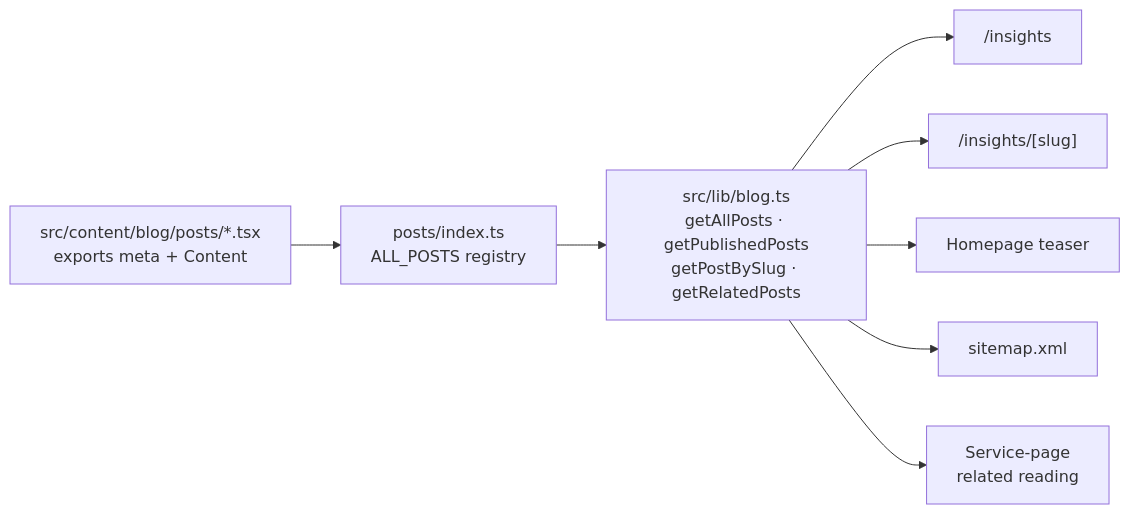
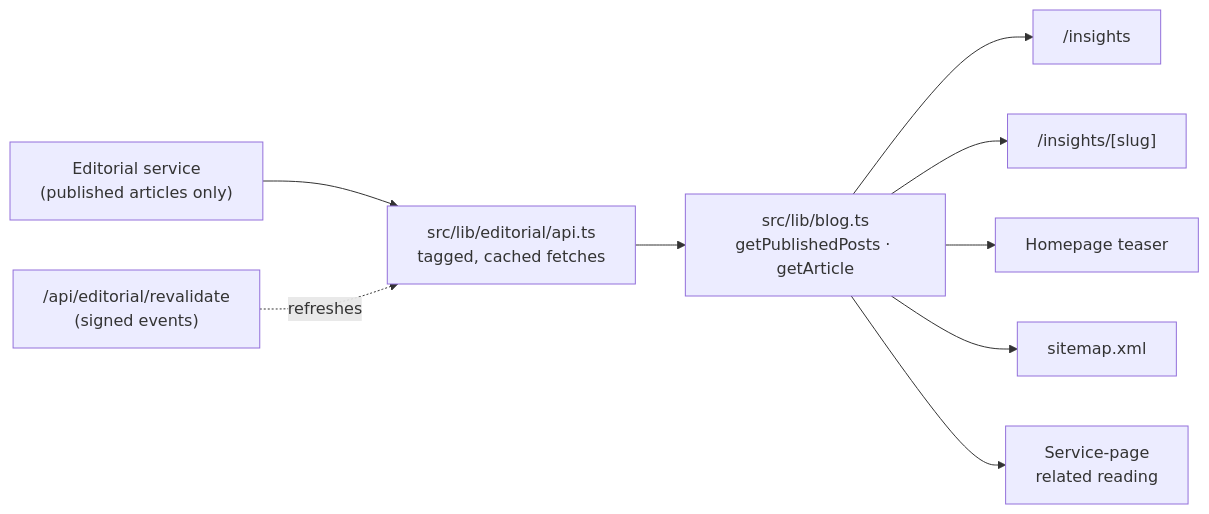
The third of 5 diagrams in README.md (tinybug-m/chinvat-bridge-website), drawn with Mermaid before and after one commit. The commit also changed other lines of this file and 172 other files, not shown here.

First line of the commit message:
feat: Supabase-first content, editorial revalidation and platform hardening

````diff
--- a/README.md
+++ b/README.md
@@ -245,10 +245,11 @@
 ```mermaid
 flowchart LR
-    post["src/content/blog/posts/*.tsx<br/>exports meta + Content"] --> registry["posts/index.ts<br/>ALL_POSTS registry"]
-    registry --> lib["src/lib/blog.ts<br/>getAllPosts · getPublishedPosts<br/>getPostBySlug · getRelatedPosts"]
-    lib --> index["/insights"]
-    lib --> article["/insights/[slug]"]
-    lib --> teaser["Homepage teaser"]
-    lib --> sitemap["sitemap.xml"]
-    lib --> related["Service-page<br/>related reading"]
+    api["Editorial service<br/>(published articles only)"] --> lib["src/lib/editorial/api.ts<br/>tagged, cached fetches"]
+    lib --> blog["src/lib/blog.ts<br/>getPublishedPosts · getArticle"]
+    blog --> index["/insights"]
+    blog --> article["/insights/[slug]"]
+    blog --> teaser["Homepage teaser"]
+    blog --> sitemap["sitemap.xml"]
+    blog --> related["Service-page<br/>related reading"]
+    hook["/api/editorial/revalidate<br/>(signed events)"] -.refreshes.-> lib
 ```
````
